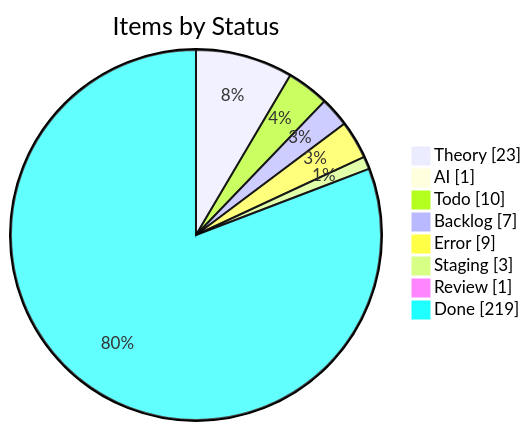
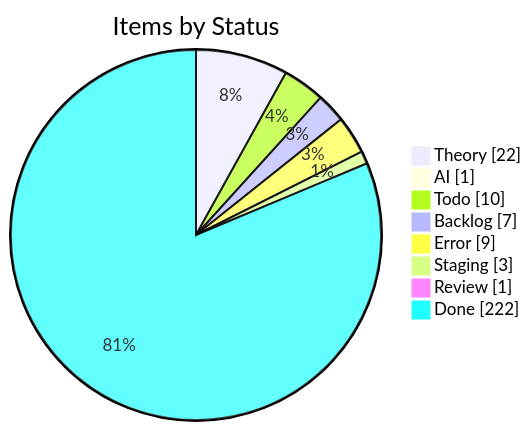
One commit to KBVE/kbve changed the first of 4 diagrams in apps/kbve/astro-kbve/src/content/docs/dashboard/kanban-data.mdx. Above: the diagram before and after it, drawn with Mermaid. The commit also changed other lines of this file and 7 other files, not shown here.

````diff
--- a/apps/kbve/astro-kbve/src/content/docs/dashboard/kanban-data.mdx
+++ b/apps/kbve/astro-kbve/src/content/docs/dashboard/kanban-data.mdx
@@ -55,12 +55,12 @@
 ```mermaid
 pie showData
     title Items by Status
-    "Theory" : 23
+    "Theory" : 22
     "AI" : 1
     "Todo" : 10
     "Backlog" : 7
     "Error" : 9
     "Staging" : 3
     "Review" : 1
-    "Done" : 219
+    "Done" : 222
 ```
````
